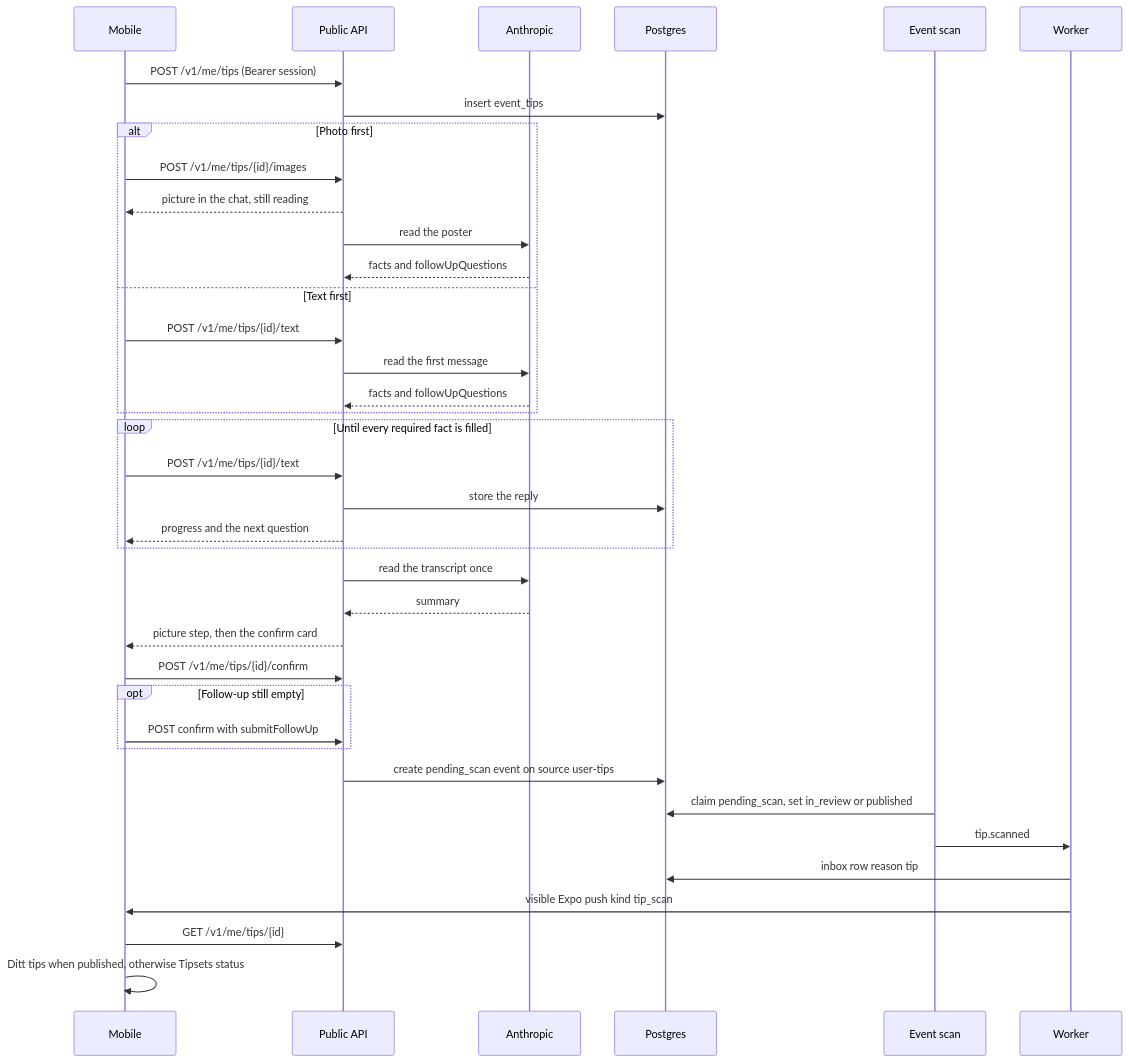
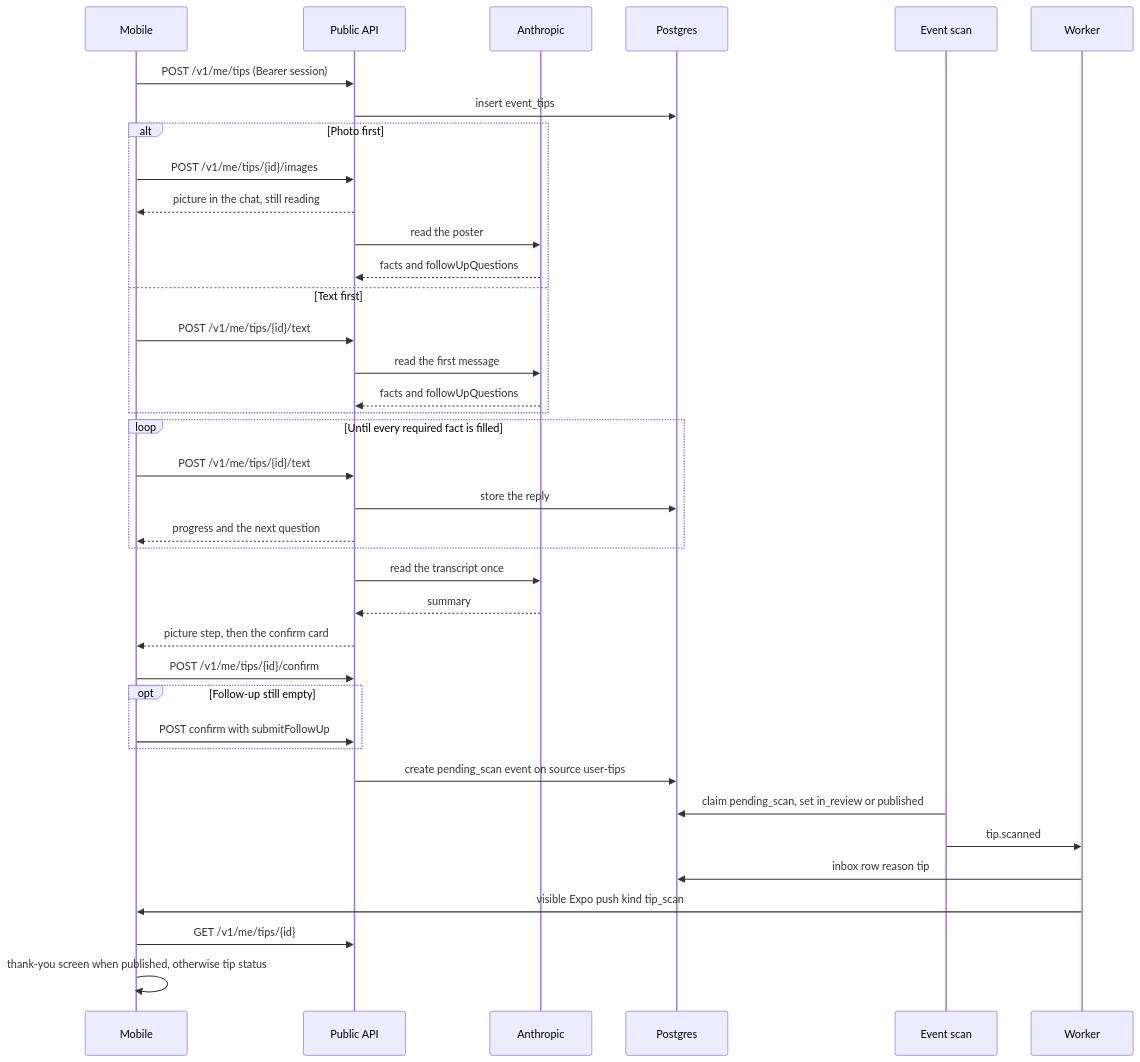
The diagram in docs/flows/event-tips.md (BradleySmallbottoms/evently), drawn with Mermaid before and after one commit. The commit also changed other lines of this file and 68 other files, not shown here.

````diff
--- a/docs/flows/event-tips.md
+++ b/docs/flows/event-tips.md
@@ -10,41 +10,41 @@
 ```mermaid
 sequenceDiagram
   participant App as Mobile
   participant API as Public API
   participant Model as Anthropic
   participant DB as Postgres
   participant Scan as Event scan
   participant Worker as Worker
 
   App->>API: POST /v1/me/tips (Bearer session)
   API->>DB: insert event_tips
   alt Photo first
     App->>API: POST /v1/me/tips/{id}/images
     API-->>App: picture in the chat, still reading
     API->>Model: read the poster
     Model-->>API: facts and followUpQuestions
   else Text first
     App->>API: POST /v1/me/tips/{id}/text
     API->>Model: read the first message
     Model-->>API: facts and followUpQuestions
   end
   loop Until every required fact is filled
     App->>API: POST /v1/me/tips/{id}/text
     API->>DB: store the reply
     API-->>App: progress and the next question
   end
   API->>Model: read the transcript once
   Model-->>API: summary
   API-->>App: picture step, then the confirm card
   App->>API: POST /v1/me/tips/{id}/confirm
   opt Follow-up still empty
     App->>API: POST confirm with submitFollowUp
   end
   API->>DB: create pending_scan event on source user-tips
   Scan->>DB: claim pending_scan, set in_review or published
   Scan->>Worker: tip.scanned
   Worker->>DB: inbox row reason tip
   Worker->>App: visible Expo push kind tip_scan
   App->>API: GET /v1/me/tips/{id}
-  App->>App: Ditt tips when published, otherwise Tipsets status
+  App->>App: thank-you screen when published, otherwise tip status
 ```
````
